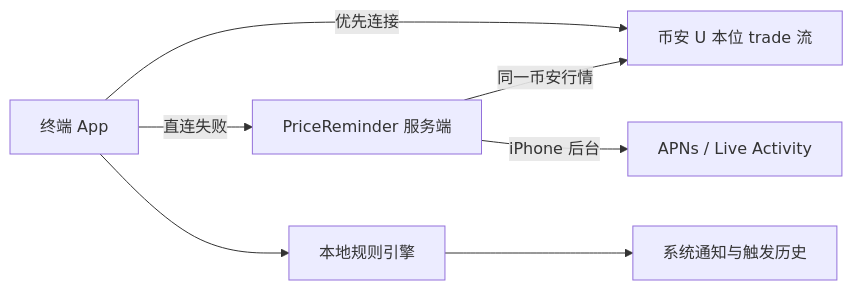
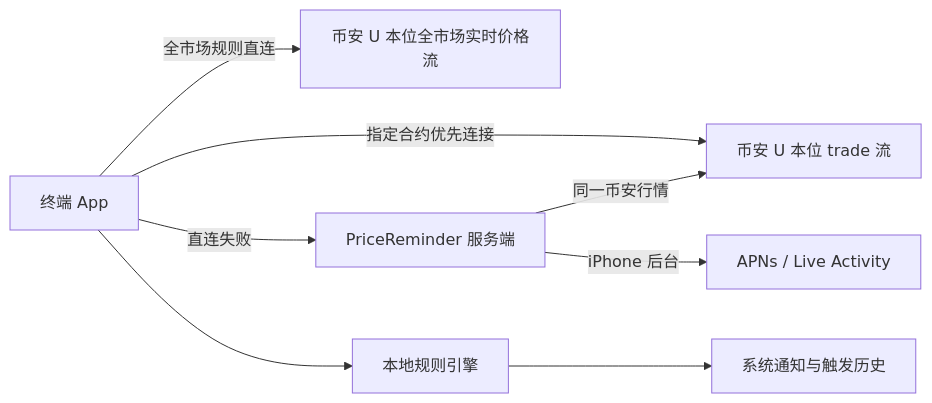
Before and after one commit to Zhu-JunFeng/pricereminder: the diagram in README.md, drawn with Mermaid. The commit also changed other lines of this file and 45 other files, not shown here.

````diff
--- a/README.md
+++ b/README.md
@@ -81,9 +99,10 @@
 ```mermaid
 flowchart LR
-    A[终端 App] -->|优先连接| B[币安 U 本位 trade 流]
+    A[终端 App] -->|指定合约优先连接| B[币安 U 本位 trade 流]
+    A -->|全市场规则直连| G[币安 U 本位全市场实时价格流]
     A -->|直连失败| C[PriceReminder 服务端]
     C -->|同一币安行情| B
     A --> D[本地规则引擎]
     D --> E[系统通知与触发历史]
     C -->|iPhone 后台| F[APNs / Live Activity]
 ```
````
